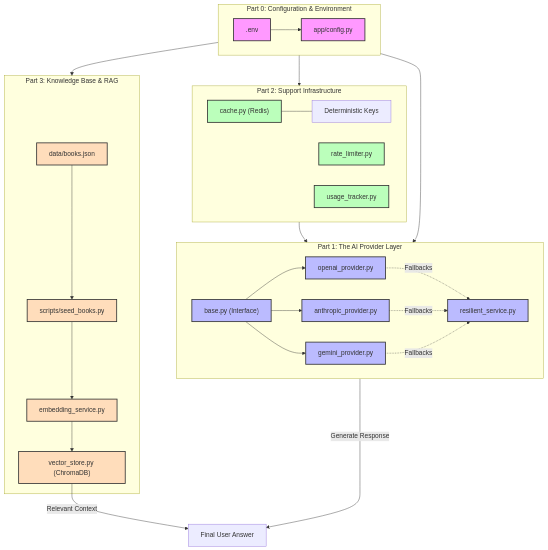
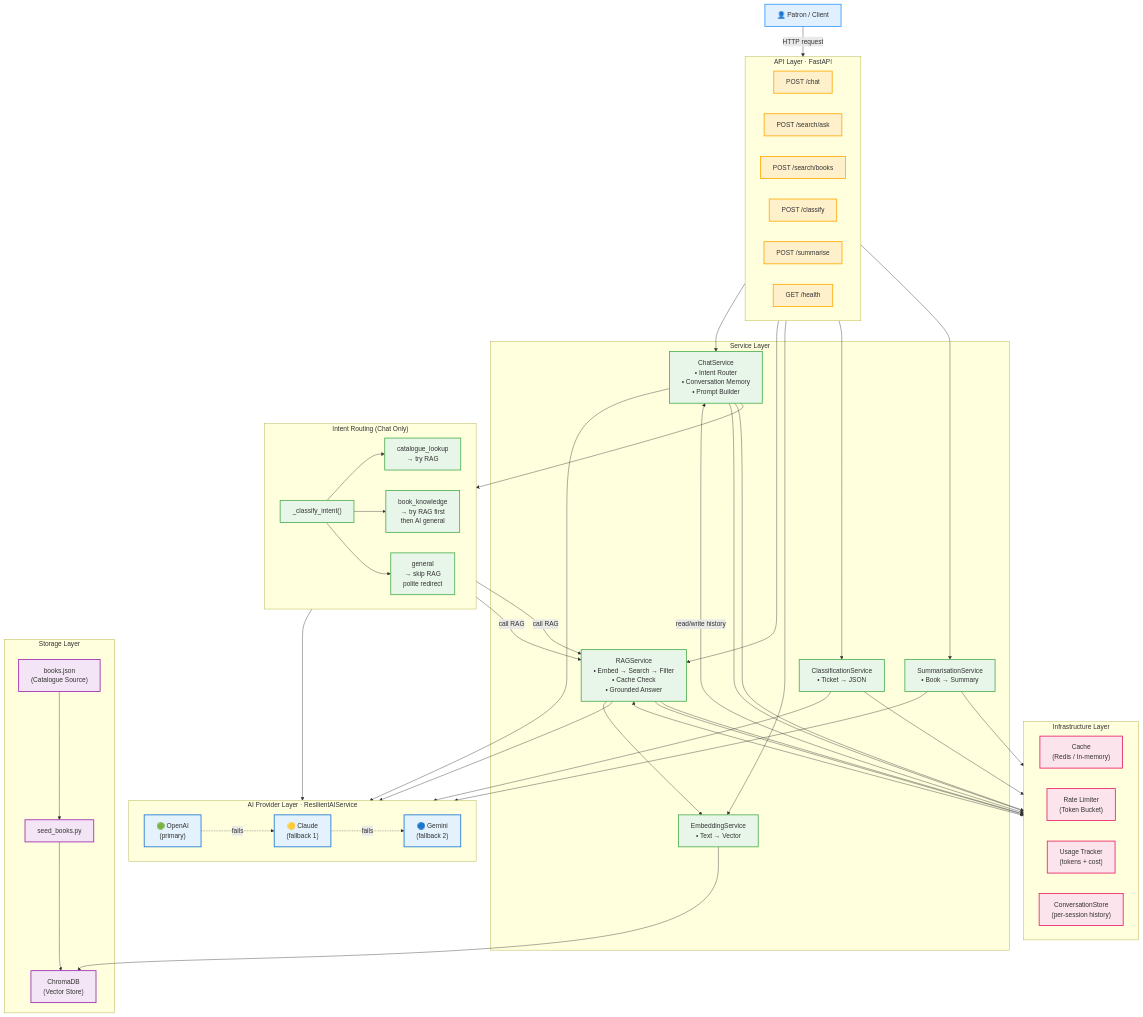
Before and after one commit to Ishimwediane/Labs: the diagram in module10/librarymind/docs/architecture.md, drawn with Mermaid. The commit also changed other lines of this file and 7 other files, not shown here.

Commit message:
docs: add Docker setup guide and comprehensive API endpoint testing commands

````diff
--- a/module10/librarymind/docs/architecture.md
+++ b/module10/librarymind/docs/architecture.md
@@ -5,59 +9,87 @@
 ```mermaid
 flowchart TB
-    %% Styling
-    classDef setup fill:#f9f,stroke:#333,stroke-width:2px;
-    classDef ai fill:#bbf,stroke:#333,stroke-width:2px;
-    classDef infra fill:#bfb,stroke:#333,stroke-width:2px;
-    classDef storage fill:#fdb,stroke:#333,stroke-width:2px;
+    classDef client   fill:#e0f0ff,stroke:#3399ff,stroke-width:2px
+    classDef api      fill:#fff0cc,stroke:#ffaa00,stroke-width:2px
+    classDef service  fill:#e8f5e9,stroke:#4caf50,stroke-width:2px
+    classDef infra    fill:#fce4ec,stroke:#e91e63,stroke-width:2px
+    classDef storage  fill:#f3e5f5,stroke:#9c27b0,stroke-width:2px
+    classDef ai       fill:#e3f2fd,stroke:#1976d2,stroke-width:2px
 
-    subgraph P0["Part 0: Configuration & Environment"]
+    PATRON["👤 Patron / Client"]:::client
+
+    subgraph API["API Layer · FastAPI"]
         direction LR
-        env[".env"]
-        config["app/config.py"]
-        env --> config
+        CHAT_R["POST /chat"]:::api
+        ASK_R["POST /search/ask"]:::api
+        BOOKS_R["POST /search/books"]:::api
+        CLASS_R["POST /classify"]:::api
+        SUM_R["POST /summarise"]:::api
+        HEALTH["GET /health"]:::api
     end
 
-    subgraph P1["Part 1: The AI Provider Layer"]
-        base["base.py (Interface)"]
-        openai["openai_provider.py"]
-        claude["anthropic_provider.py"]
-        gemini["gemini_provider.py"]
-        resilient["resilient_service.py"]
-
-        base --> openai & claude & gemini
-        openai & claude & gemini -.->|Fallbacks| resilient
+    subgraph SERVICES["Service Layer"]
+        CHAT_SVC["ChatService\n• Intent Router\n• Conversation Memory\n• Prompt Builder"]:::service
+        RAG_SVC["RAGService\n• Embed → Search → Filter\n• Cache Check\n• Grounded Answer"]:::service
+        EMB_SVC["EmbeddingService\n• Text → Vector"]:::service
+        CLASS_SVC["ClassificationService\n• Ticket → JSON"]:::service
+        SUM_SVC["SummarisationService\n• Book → Summary"]:::service
     end
 
-    subgraph P2["Part 2: Support Infrastructure"]
-        cache["cache.py (Redis)"]
-        limiter["rate_limiter.py"]
-        usage["usage_tracker.py"]
-        
-        cache --- keys["Deterministic Keys"]
+    subgraph INTENT["Intent Routing (Chat Only)"]
+        direction LR
+        CLASSIFY["_classify_intent()"]:::service
+        CAT["catalogue_lookup\n→ try RAG"]:::service
+        BOOK["book_knowledge\n→ try RAG first\nthen AI general"]:::service
+        GEN["general\n→ skip RAG\npolite redirect"]:::service
+        CLASSIFY --> CAT & BOOK & GEN
     end
 
-    subgraph P3["Part 3: Knowledge Base & RAG"]
-        books["data/books.json"]
-        seed["scripts/seed_books.py"]
-        embed["embedding_service.py"]
-        chroma["vector_store.py (ChromaDB)"]
-        
-        books --> seed
-        seed --> embed --> chroma
+    subgraph INFRA["Infrastructure Layer"]
+        direction LR
+        CACHE["Cache\n(Redis / In-memory)"]:::infra
+        LIMITER["Rate Limiter\n(Token Bucket)"]:::infra
+        USAGE["Usage Tracker\n(tokens + cost)"]:::infra
+        CONV_STORE["ConversationStore\n(per-session history)"]:::infra
     end
 
-    %% Global Connections
-    config --> P1
-    config --> P2
-    config --> P3
+    subgraph STORAGE["Storage Layer"]
+        CHROMA["ChromaDB\n(Vector Store)"]:::storage
+        BOOKS_JSON["books.json\n(Catalogue Source)"]:::storage
+        SEED["seed_books.py"]:::storage
+        BOOKS_JSON --> SEED --> CHROMA
+    end
 
-    P2 --> P1
-    P1 -->|Generate Response| RAG["Final User Answer"]
-    chroma -->|Relevant Context| RAG
+    subgraph PROVIDERS["AI Provider Layer · ResilientAIService"]
+        direction LR
+        OPENAI["🟢 OpenAI\n(primary)"]:::ai
+        CLAUDE["🟡 Claude\n(fallback 1)"]:::ai
+        GEMINI["🔵 Gemini\n(fallback 2)"]:::ai
+        OPENAI -..->|"fails"| CLAUDE -..->|"fails"| GEMINI
+    end
 
-    %% Class Assignments
-    class env,config setup;
-    class base,openai,claude,gemini,resilient ai;
-    class cache,limiter,usage infra;
-    class books,seed,embed,chroma storage;
+    %% Client to API
+    PATRON -->|"HTTP request"| API
+
+    %% API to Services
+    CHAT_R --> CHAT_SVC
+    ASK_R  --> RAG_SVC
+    BOOKS_R --> EMB_SVC
+    CLASS_R --> CLASS_SVC
+    SUM_R  --> SUM_SVC
+
+    %% Chat Service → Intent Router
+    CHAT_SVC --> INTENT
+    CAT & BOOK -->|"call RAG"| RAG_SVC
+
+    %% RAG pipeline
+    RAG_SVC --> EMB_SVC --> CHROMA
+    RAG_SVC <--> CACHE
+
+    %% Services → AI Providers
+    RAG_SVC & CHAT_SVC & CLASS_SVC & SUM_SVC & CLASSIFY --> PROVIDERS
+
+    %% Infrastructure wiring
+    CHAT_SVC <-->|"read/write history"| CONV_STORE
+    RAG_SVC & CHAT_SVC --> LIMITER
+    RAG_SVC & CHAT_SVC & CLASS_SVC & SUM_SVC --> USAGE
 ```
````
